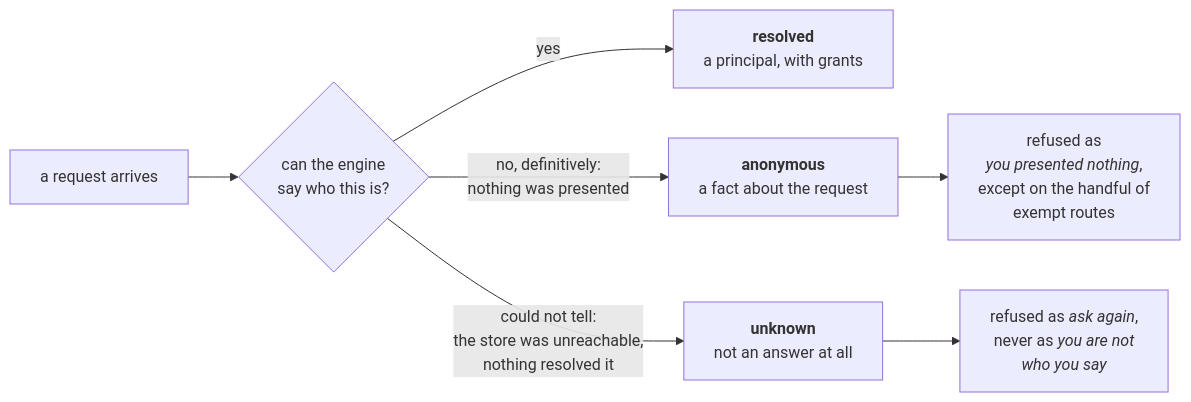
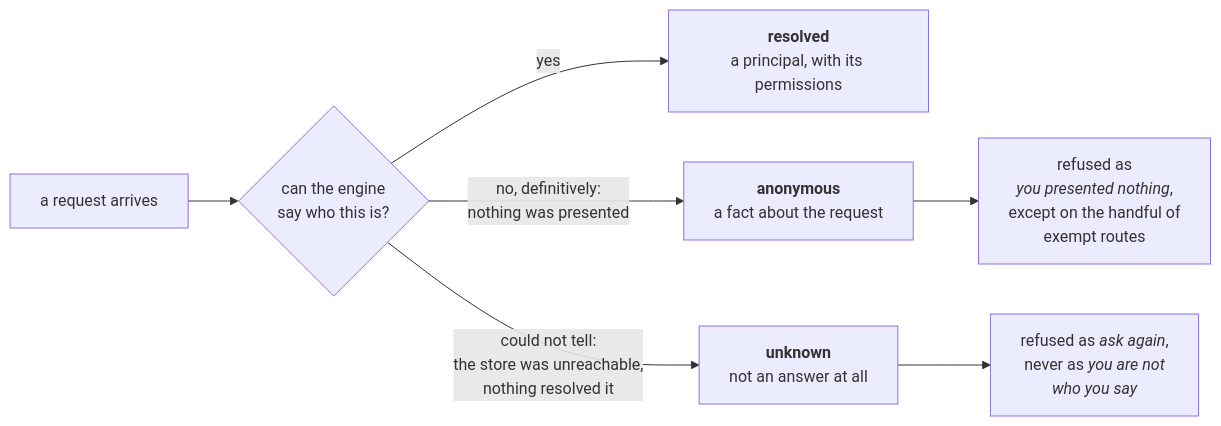
One commit to crewlet/crewlet changed the first of 2 diagrams in docs/concepts/identity-and-access.md. Above: the diagram before and after it, drawn with Mermaid. The commit also changed other lines of this file and 700 other files, not shown here.

````diff
--- a/docs/concepts/identity-and-access.md
+++ b/docs/concepts/identity-and-access.md
@@ -412,9 +546,9 @@
 ```mermaid
 flowchart LR
     REQ["a request arrives"] --> R{"can the engine<br/>say who this is?"}
-    R -->|"yes"| RES["<b>resolved</b><br/>a principal, with grants"]
+    R -->|"yes"| RES["<b>resolved</b><br/>a principal, with its permissions"]
     R -->|"no, definitively:<br/>nothing was presented"| ANON["<b>anonymous</b><br/>a fact about the request"]
     R -->|"could not tell:<br/>the store was unreachable,<br/>nothing resolved it"| UNK["<b>unknown</b><br/>not an answer at all"]
     ANON --> A2["refused as<br/><i>you presented nothing</i>,<br/>except on the handful of<br/>exempt routes"]
     UNK --> U2["refused as <i>ask again</i>,<br/>never as <i>you are not<br/>who you say</i>"]
 ```
````
